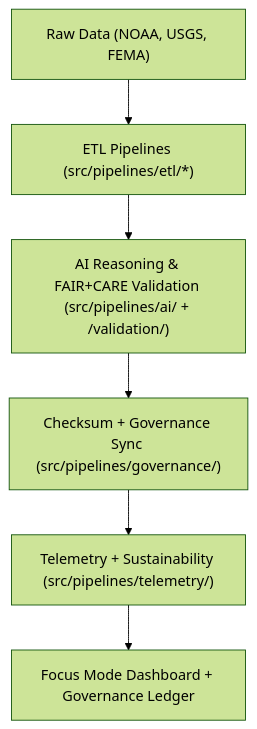
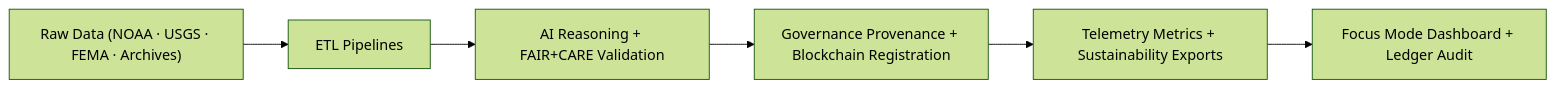
One commit to bartytime4life/Kansas-Frontier-Matrix changed the diagram in src/pipelines/README.md. Above: the diagram before and after it, drawn with Mermaid (forest theme). The commit also changed other lines of this file, not shown here.

````diff
--- a/src/pipelines/README.md
+++ b/src/pipelines/README.md
@@ -92,8 +105,8 @@
 ```mermaid
-flowchart TD
-    A["Raw Data (NOAA, USGS, FEMA)"] --> B["ETL Pipelines (src/pipelines/etl/*)"]
-    B --> C["AI Reasoning & FAIR+CARE Validation (src/pipelines/ai/ + /validation/)"]
-    C --> D["Checksum + Governance Sync (src/pipelines/governance/)"]
-    D --> E["Telemetry + Sustainability (src/pipelines/telemetry/)"]
-    E --> F["Focus Mode Dashboard + Governance Ledger"]
+flowchart LR
+    A["Raw Data (NOAA · USGS · FEMA · Archives)"] --> B["ETL Pipelines"]
+    B --> C["AI Reasoning + FAIR+CARE Validation"]
+    C --> D["Governance Provenance + Blockchain Registration"]
+    D --> E["Telemetry Metrics + Sustainability Exports"]
+    E --> F["Focus Mode Dashboard + Ledger Audit"]
 ```
````
